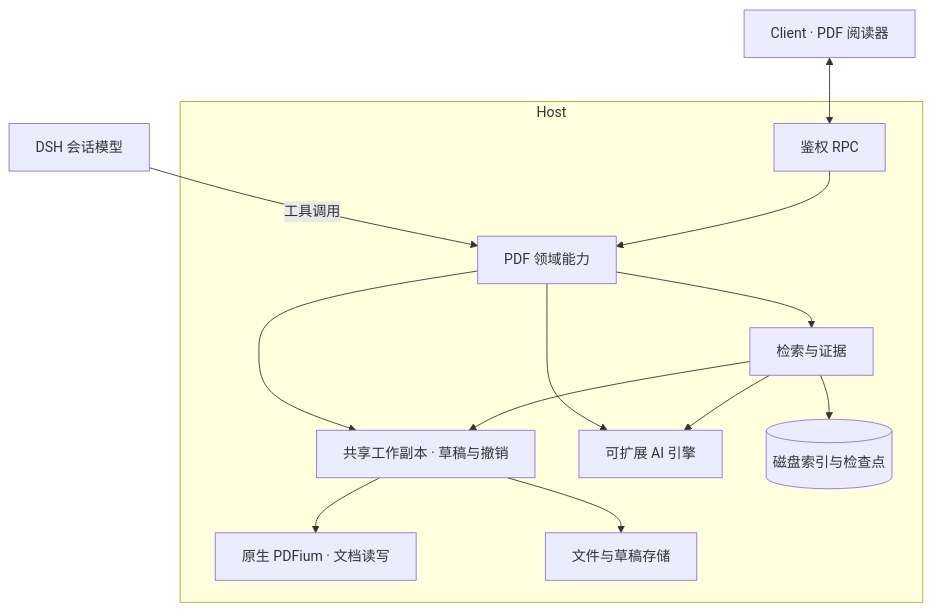
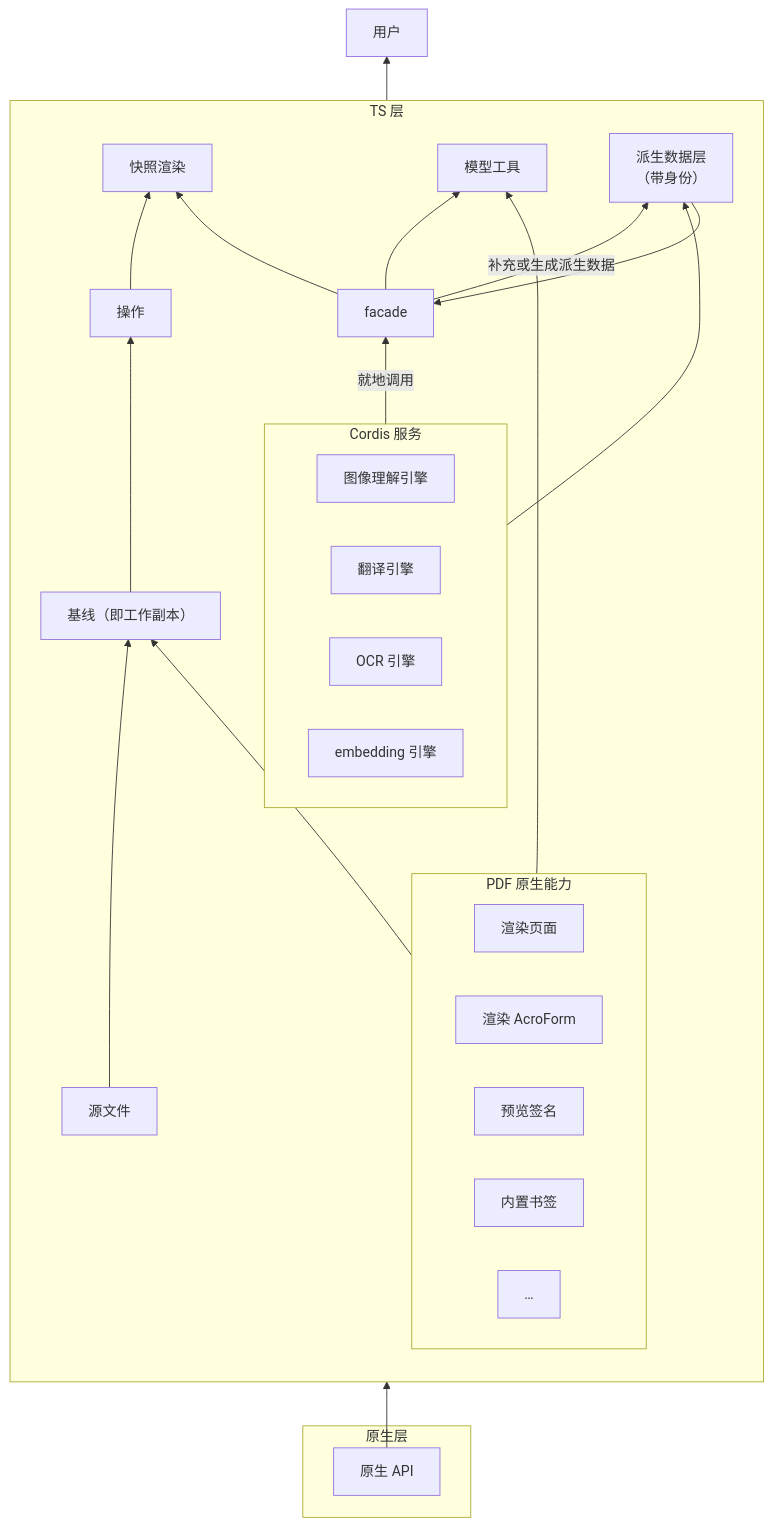
The diagram in README.zh.md (dingyiliao/dsh-bundle-pdf), drawn with Mermaid before and after one commit. The commit also changed other lines of this file and 1 other file, not shown here.

Commit message:
docs(readme): redraw the architecture diagram as layers
Follow the Excalidraw sketch: a TS layer holding the snapshot renderer,
operations and the shared baseline, the facade with derived data and the
Cordis engine services, plus a separate native layer whose APIs back the
PDF native capabilities. Drop the old single-process PDFium node and keep
the written summary in step with the drawing.

````diff
--- a/README.zh.md
+++ b/README.zh.md
@@ -87,16 +87,49 @@
 ```mermaid
-flowchart TB
-  Reader["Client · PDF 阅读器"] <--> RPC
-  Model["DSH 会话模型"] -- "工具调用" --> Features
-  subgraph Host
-    RPC["鉴权 RPC"] --> Features["PDF 领域能力"]
-    Features --> Copy["共享工作副本 · 草稿与撤销"]
-    Features --> Search["检索与证据"]
-    Features --> Engines["可扩展 AI 引擎"]
-    Search --> Copy
-    Search --> Engines
-    Search --> Index[("磁盘索引与检查点")]
-    Copy --> PDF["原生 PDFium · 文档读写"]
-    Copy --> Storage["文件与草稿存储"]
+flowchart BT
+  User["用户"]
+
+  subgraph TS["TS 层"]
+    direction BT
+    Snapshot["快照渲染"]
+    Ops["操作"]
+    Src["源文件"]
+    Copy["基线（即工作副本）"]
+    Tools["模型工具"]
+    Facade["facade"]
+    Derived["派生数据层<br/>（带身份）"]
+    subgraph Cordis["Cordis 服务"]
+      direction LR
+      Image["图像理解引擎"]
+      Translation["翻译引擎"]
+      OCR["OCR 引擎"]
+      Embedding["embedding 引擎"]
+    end
+    subgraph Caps["PDF 原生能力"]
+      direction LR
+      RenderPage["渲染页面"]
+      RenderForm["渲染 AcroForm"]
+      PreviewSig["预览签名"]
+      Outlines["内置书签"]
+      More["…"]
+    end
   end
+
+  subgraph NativeLayer["原生层"]
+    APIs["原生 API"]
+  end
+
+  Snapshot --> User
+  Ops --> Snapshot
+  Facade --> Snapshot
+  Copy --> Ops
+  Src --> Copy
+  Caps --> Copy
+  Caps --> Tools
+  Facade --> Tools
+  Cordis -->|就地调用| Facade
+  Facade -->|补充或生成派生数据| Derived
+  Derived --> Facade
+  Cordis --> Derived
+  APIs --> Caps
+  Cordis ~~~ Snapshot
 ```
````
